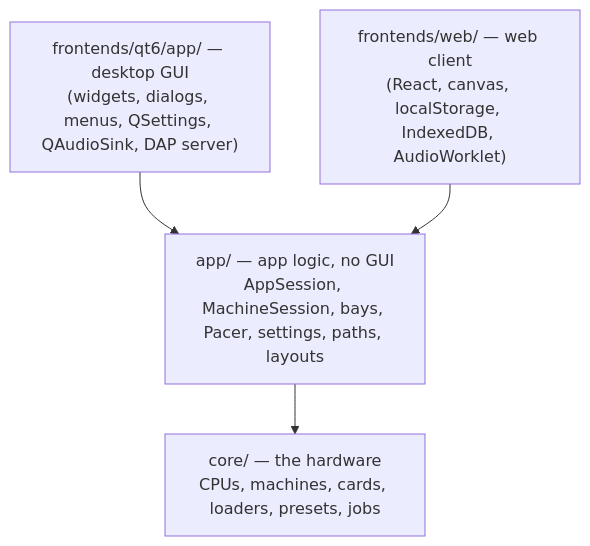
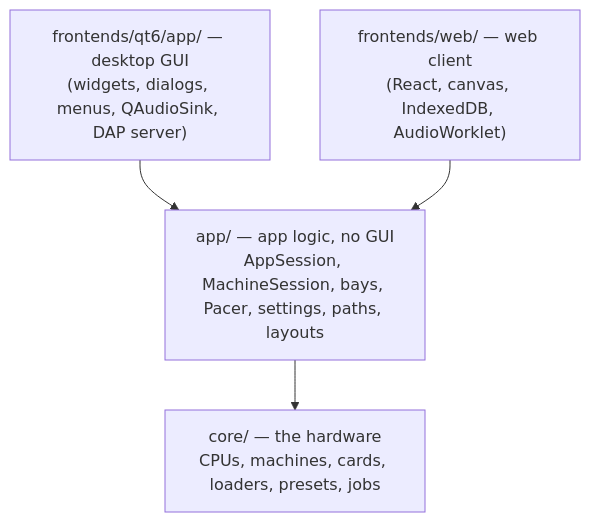
One commit to tinue/calc-u changed the diagram in products/calc-u-1600/docs/developer/Shared-Architecture.md. Above: the diagram before and after it, drawn with Mermaid. The commit also changed other lines of this file and 35 other files, not shown here.

````diff
--- a/products/calc-u-1600/docs/developer/Shared-Architecture.md
+++ b/products/calc-u-1600/docs/developer/Shared-Architecture.md
@@ -7,10 +7,10 @@
 ```mermaid
 flowchart TB
-    Qt["frontends/qt6/app/ — desktop GUI<br/>(widgets, dialogs, menus, QSettings, QAudioSink, DAP server)"]
-    Web["frontends/web/ — web client<br/>(React, canvas, localStorage, IndexedDB, AudioWorklet)"]
+    Qt["frontends/qt6/app/ — desktop GUI<br/>(widgets, dialogs, menus, QAudioSink, DAP server)"]
+    Web["frontends/web/ — web client<br/>(React, canvas, IndexedDB, AudioWorklet)"]
     Shared["app/ — app logic, no GUI<br/>AppSession, MachineSession, bays, Pacer, settings, paths, layouts"]
     Core["core/ — the hardware<br/>CPUs, machines, cards, loaders, presets, jobs"]
     Qt --> Shared
     Web --> Shared
     Shared --> Core
 ```
````
